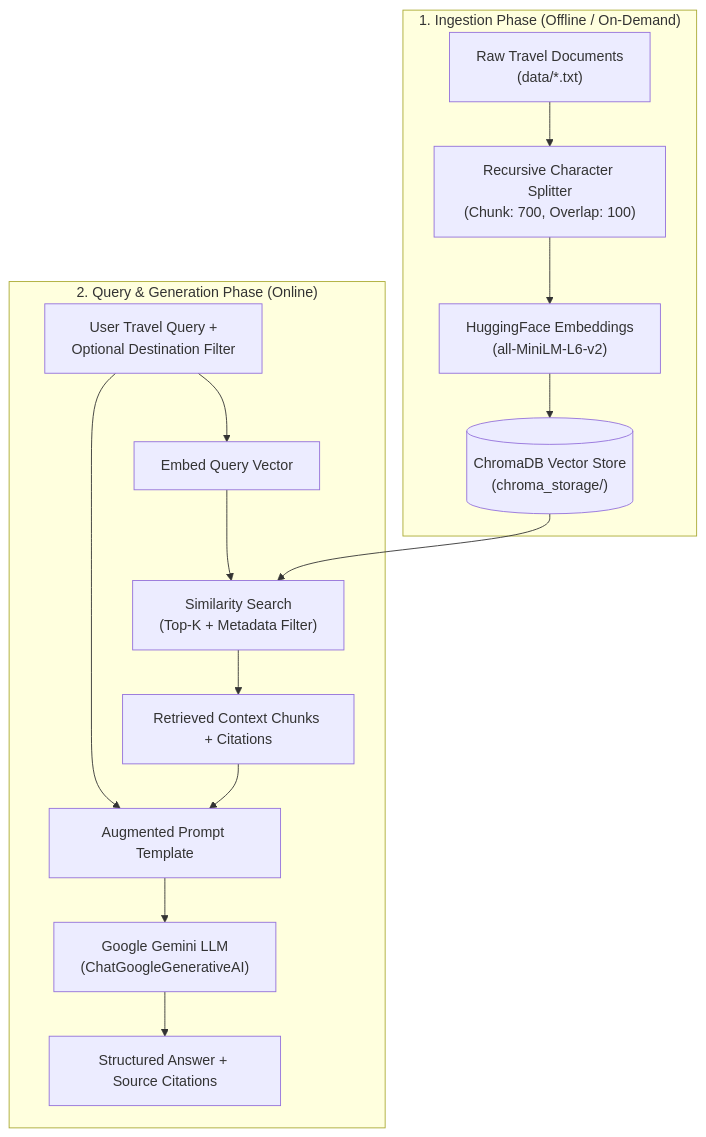
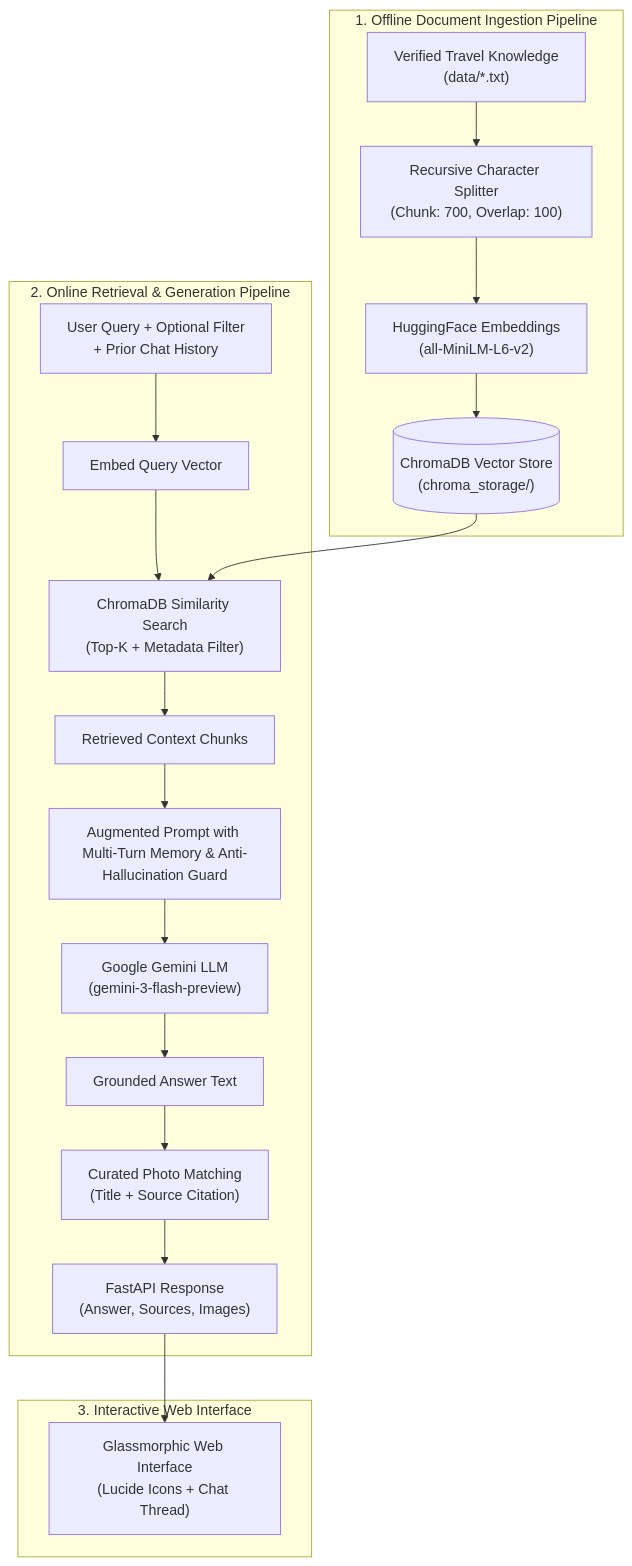
The diagram in README.md (shri-endure/travel-rag-core), drawn with Mermaid before and after one commit. The commit also changed other lines of this file, not shown here.

Commit message:
docs: add comprehensive README with architecture flow, API reference, and project guide

````diff
--- a/README.md
+++ b/README.md
@@ -47,19 +11,24 @@
 ```mermaid
 flowchart TD
-    subgraph Offline_Ingestion ["1. Ingestion Phase (Offline / On-Demand)"]
-        A["Raw Travel Documents<br>(data/*.txt)"] --> B["Recursive Character Splitter<br>(Chunk: 700, Overlap: 100)"]
-        B --> C["HuggingFace Embeddings<br>(all-MiniLM-L6-v2)"]
-        C --> D[("ChromaDB Vector Store<br>(chroma_storage/)")]
+    subgraph Ingestion ["1. Offline Document Ingestion Pipeline"]
+        A["Verified Travel Knowledge<br/>(data/*.txt)"] --> B["Recursive Character Splitter<br/>(Chunk: 700, Overlap: 100)"]
+        B --> C["HuggingFace Embeddings<br/>(all-MiniLM-L6-v2)"]
+        C --> D[("ChromaDB Vector Store<br/>(chroma_storage/)")]
     end
 
-    subgraph Online_Query ["2. Query & Generation Phase (Online)"]
-        E["User Travel Query +<br>Optional Destination Filter"] --> F["Embed Query Vector"]
-        F --> G["Similarity Search<br>(Top-K + Metadata Filter)"]
+    subgraph QueryPipeline ["2. Online Retrieval & Generation Pipeline"]
+        E["User Query + Optional Filter<br/>+ Prior Chat History"] --> F["Embed Query Vector"]
+        F --> G["ChromaDB Similarity Search<br/>(Top-K + Metadata Filter)"]
         D --> G
-        G --> H["Retrieved Context Chunks + Citations"]
-        H --> I["Augmented Prompt Template"]
-        E --> I
-        I --> J["Google Gemini LLM<br>(ChatGoogleGenerativeAI)"]
-        J --> K["Structured Answer + Source Citations"]
+        G --> H["Retrieved Context Chunks"]
+        H --> I["Augmented Prompt with Multi-Turn Memory & Anti-Hallucination Guard"]
+        I --> J["Google Gemini LLM<br/>(gemini-3-flash-preview)"]
+        J --> K["Grounded Answer Text"]
+        K --> L["Curated Photo Matching<br/>(Title + Source Citation)"]
+        L --> M["FastAPI Response<br/>(Answer, Sources, Images)"]
+    end
+
+    subgraph FrontendUI ["3. Interactive Web Interface"]
+        M --> N["Glassmorphic Web Interface<br/>(Lucide Icons + Chat Thread)"]
     end
 ```
````
